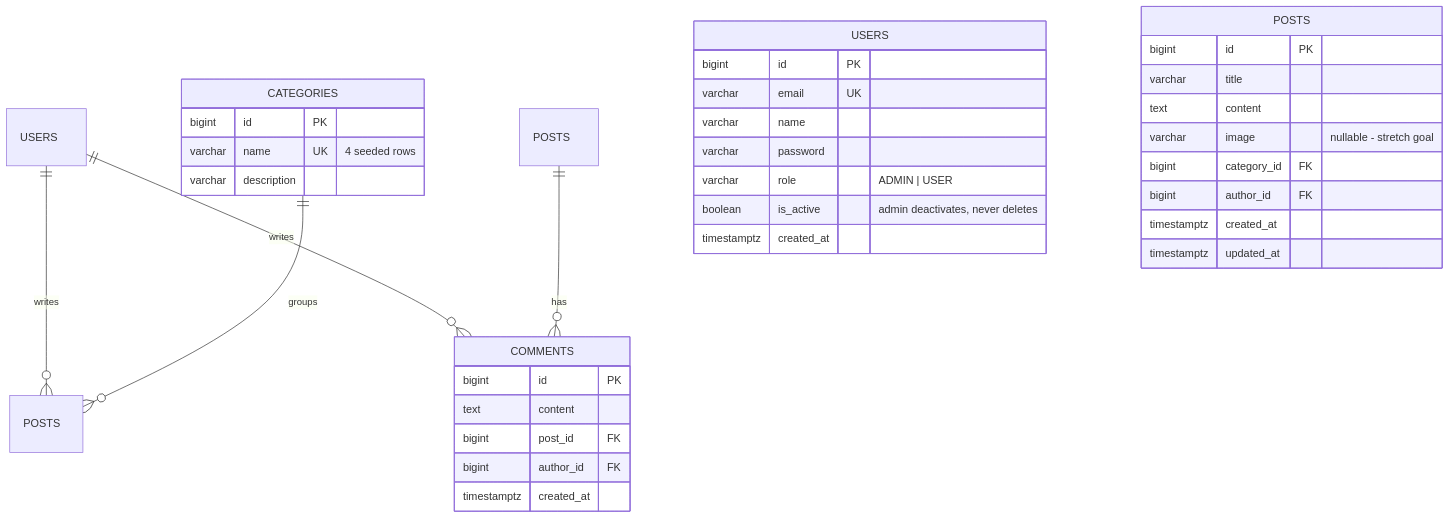
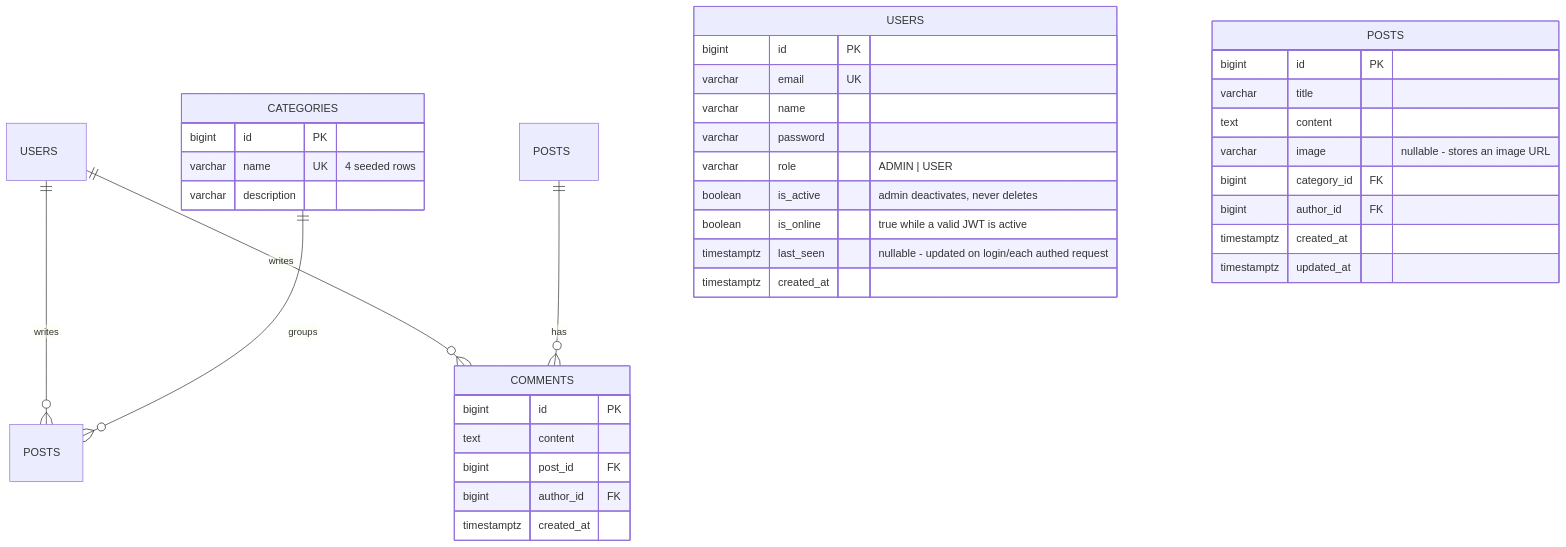
Before and after one commit to Ndaziramiyep/backend-python: the diagram in readme2.md, drawn with Mermaid. The commit also changed 9 other files, not shown here.

Commit message:
adding schema

````diff
--- a/readme2.md
+++ b/readme2.md
@@ -10,42 +10,44 @@
 ```mermaid
 erDiagram
     USERS      ||--o{ POSTS    : writes
     USERS      ||--o{ COMMENTS : writes
     CATEGORIES ||--o{ POSTS    : groups
     POSTS      ||--o{ COMMENTS : has
 
     USERS {
         bigint      id          PK
         varchar     email       UK
         varchar     name
         varchar     password
         varchar     role              "ADMIN | USER"
         boolean     is_active         "admin deactivates, never deletes"
+        boolean     is_online         "true while a valid JWT is active"
+        timestamptz last_seen         "nullable - updated on login/each authed request"
         timestamptz created_at
     }
 
     CATEGORIES {
         bigint      id          PK
         varchar     name        UK    "4 seeded rows"
         varchar     description
     }
 
     POSTS {
         bigint      id          PK
         varchar     title
         text        content
-        varchar     image             "nullable - stretch goal"
+        varchar     image             "nullable - stores an image URL"
         bigint      category_id FK
         bigint      author_id   FK
         timestamptz created_at
         timestamptz updated_at
     }
 
     COMMENTS {
         bigint      id          PK
         text        content
         bigint      post_id     FK
         bigint      author_id   FK
         timestamptz created_at
     }
 ```
````
